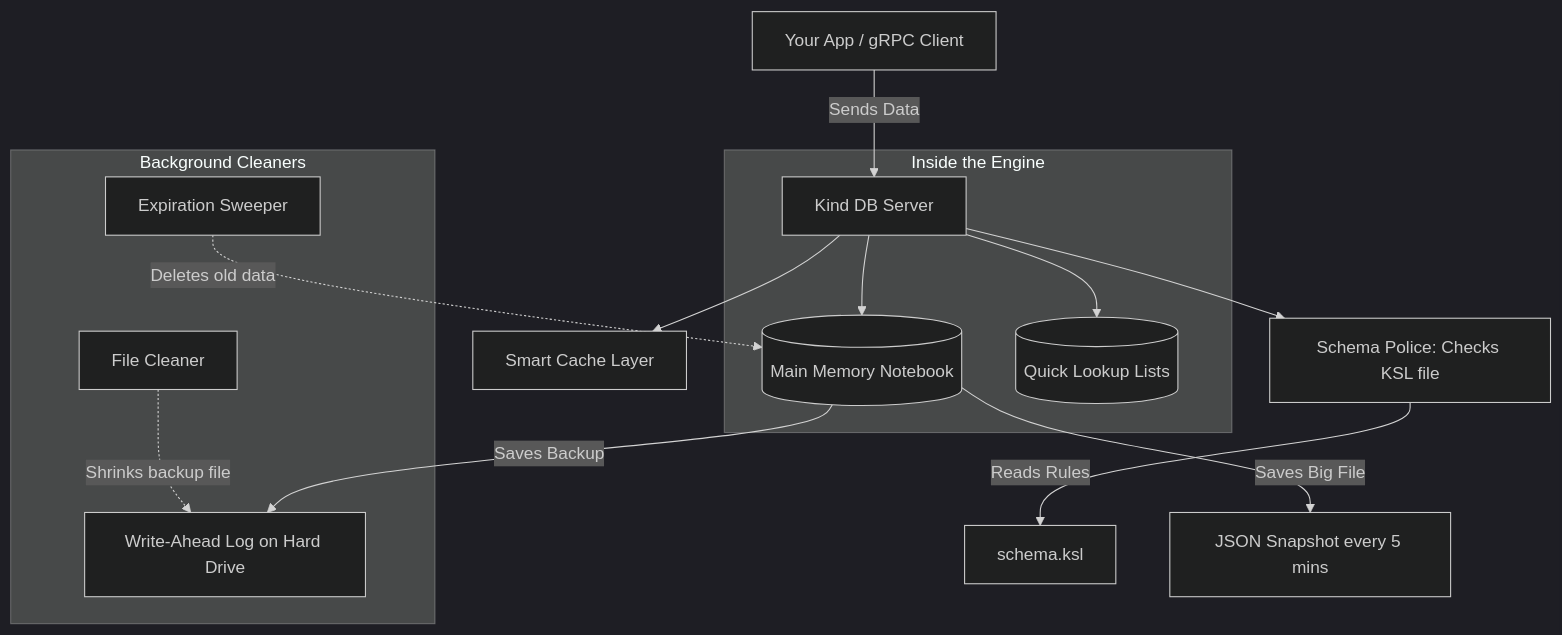
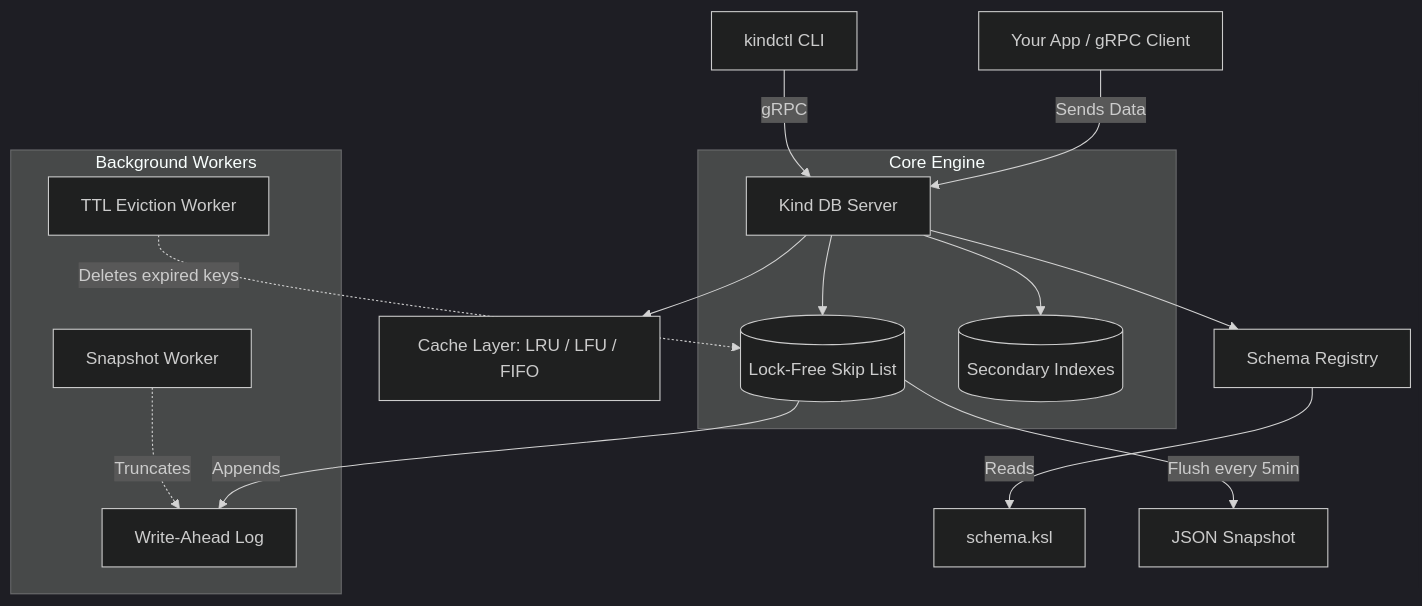
One commit to NKS01X/Kind changed the diagram in README.md. Above: the diagram before and after it, drawn with Mermaid (dark theme). The commit also changed other lines of this file and 1 other file, not shown here.

First line of the commit message:
docs: add logo and overhaul README with kindctl CLI documentation

````diff
--- a/README.md
+++ b/README.md
@@ -32,20 +35,21 @@
 ```mermaid
 graph TD
     Client[Your App / gRPC Client] -->|Sends Data| Server[Kind DB Server]
-    Server --> Cache[Smart Cache Layer]
-    Server --> SchemaReg[Schema Police: Checks KSL file]
-    SchemaReg -->|Reads Rules| KSL[schema.ksl]
-    
-    subgraph Inside the Engine
-        Server --> SkipMap[(Main Memory Notebook)]
-        Server --> Indexes[(Quick Lookup Lists)]
+    CLI[kindctl CLI] -->|gRPC| Server
+    Server --> Cache[Cache Layer: LRU / LFU / FIFO]
+    Server --> SchemaReg[Schema Registry]
+    SchemaReg -->|Reads| KSL[schema.ksl]
+
+    subgraph Core Engine
+        Server --> SkipMap[(Lock-Free Skip List)]
+        Server --> Indexes[(Secondary Indexes)]
     end
-    
-    SkipMap -->|Saves Backup| WAL[Write-Ahead Log on Hard Drive]
-    SkipMap -->|Saves Big File| Snapshot[JSON Snapshot every 5 mins]
-    
-    subgraph Background Cleaners
-        TTLWorker[Expiration Sweeper] -.->|Deletes old data| SkipMap
-        SnapshotWorker[File Cleaner] -.->|Shrinks backup file| WAL
+
+    SkipMap -->|Appends| WAL[Write-Ahead Log]
+    SkipMap -->|Flush every 5min| Snapshot[JSON Snapshot]
+
+    subgraph Background Workers
+        TTLWorker[TTL Eviction Worker] -.->|Deletes expired keys| SkipMap
+        SnapshotWorker[Snapshot Worker] -.->|Truncates| WAL
     end
 ```
````
